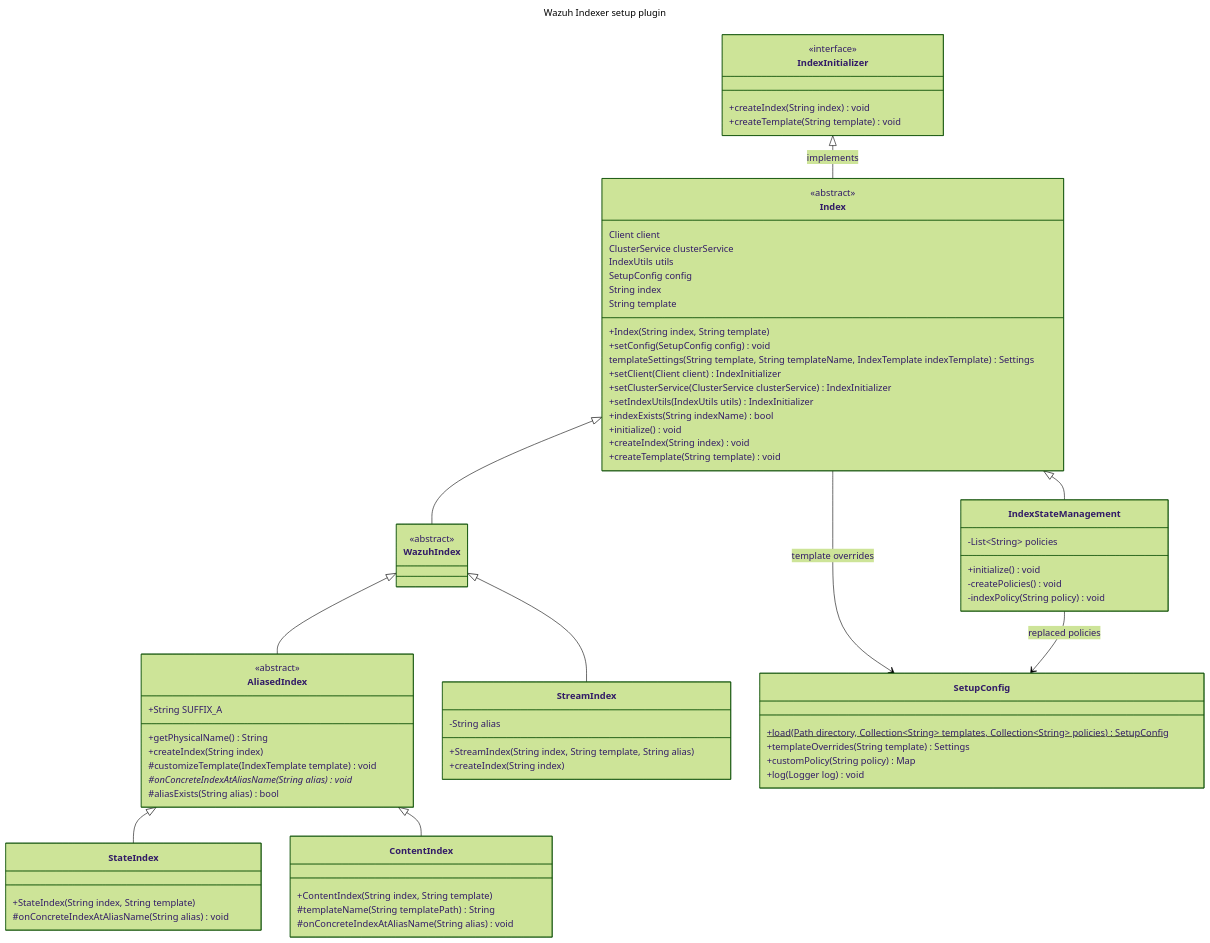
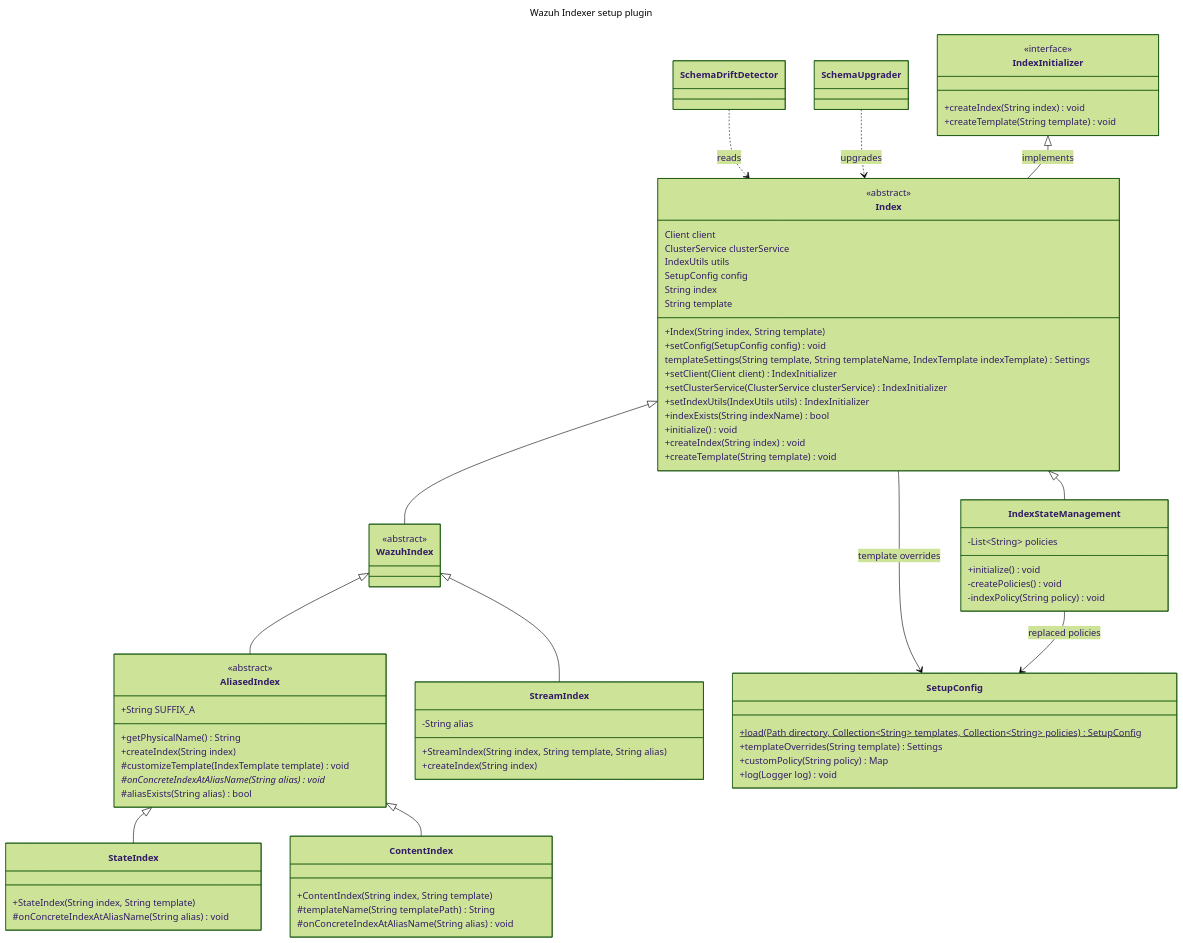
The first of 2 diagrams in docs/dev/plugins/setup.md (wazuh/wazuh-indexer-plugins), drawn with Mermaid (forest theme) before and after one commit. The commit also changed other lines of this file and 9 other files, not shown here.

First line of the commit message:
Upgrade in place the indices at a compatible schema version

```diff
--- a/docs/dev/plugins/setup.md
+++ b/docs/dev/plugins/setup.md
@@ -25,10 +25,14 @@
     class StreamIndex
     class ContentIndex
     class SetupConfig
+    class SchemaDriftDetector
+    class SchemaUpgrader
 
     %% Relations
     Index --> SetupConfig : template overrides
     IndexStateManagement --> SetupConfig : replaced policies
+    SchemaDriftDetector ..> Index : reads
+    SchemaUpgrader ..> Index : upgrades
     IndexInitializer <|-- Index : implements
     Index <|-- IndexStateManagement
     Index <|-- WazuhIndex
```
